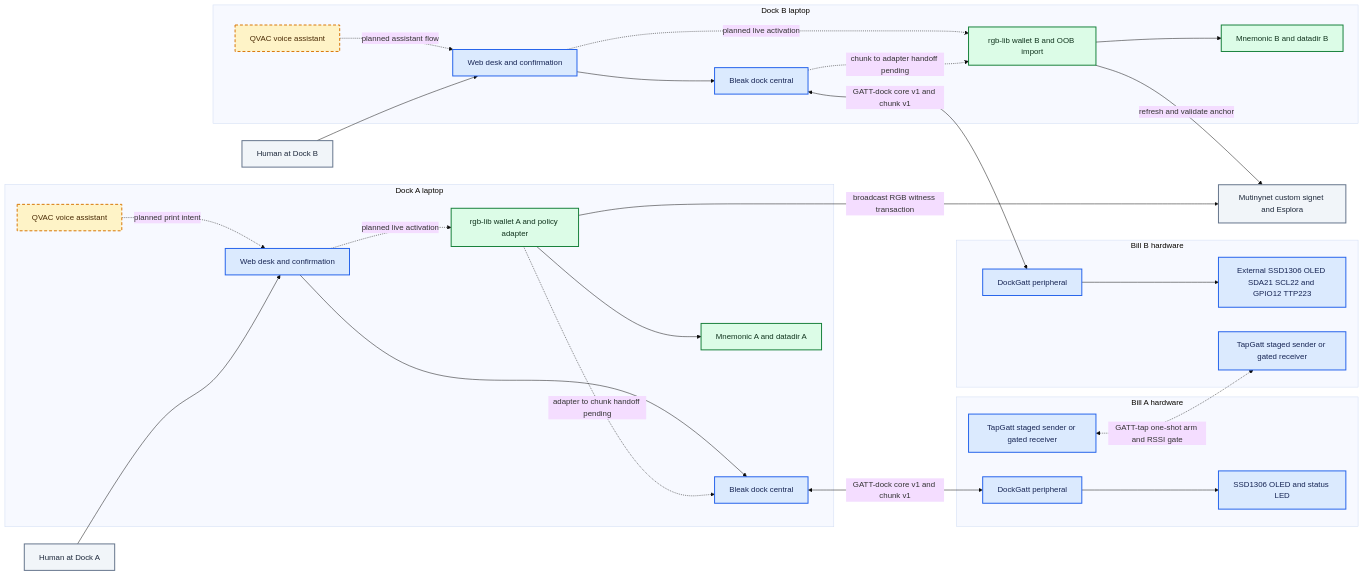
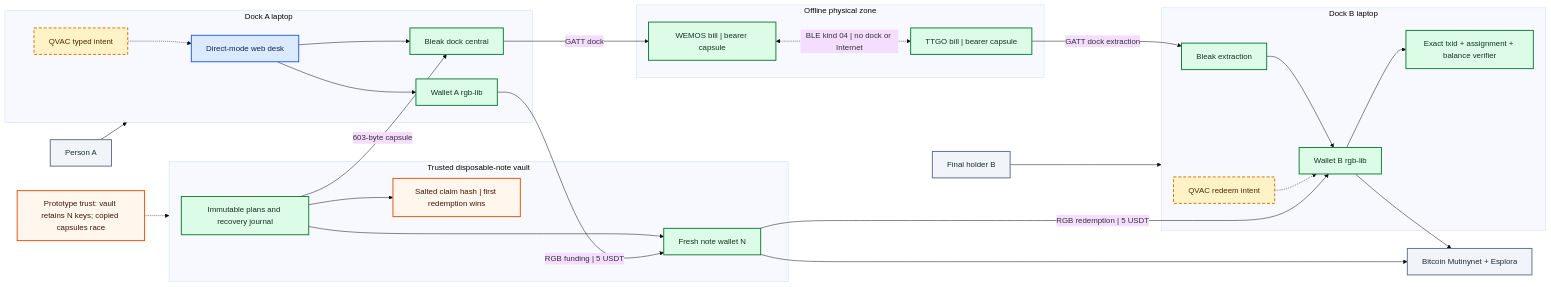
One commit to EdwinKestler/bill changed the diagram in docs/diagrams/src/01-system-architecture.mmd. Above: the diagram before and after it, drawn with Mermaid (base theme). The commit also changed 76 other files, not shown here.

Commit message:
Add offline RGB bearer-note demo

```diff
--- a/docs/diagrams/src/01-system-architecture.mmd
+++ b/docs/diagrams/src/01-system-architecture.mmd
@@ -1,58 +1,57 @@
 flowchart LR
     classDef verified fill:#dcfce7,stroke:#16803a,color:#12351f,stroke-width:2px
     classDef implemented fill:#dbeafe,stroke:#2563eb,color:#172554,stroke-width:2px
     classDef planned fill:#fef3c7,stroke:#d97706,color:#4a2b05,stroke-width:2px,stroke-dasharray:6 4
     classDef external fill:#f1f5f9,stroke:#64748b,color:#1e293b,stroke-width:2px
+    classDef warning fill:#fff7ed,stroke:#ea580c,color:#431407,stroke-width:2px
 
-    humanA["Human at Dock A"]:::external
-    humanB["Human at Dock B"]:::external
+    humanA["Person A"]:::external
+    humanB["Final holder B"]:::external
 
     subgraph dockAZone["Dock A laptop"]
-        webA["Web desk and confirmation"]:::implemented
-        qvacA["QVAC voice assistant"]:::planned
-        bleA["Bleak dock central"]:::implemented
-        rgbA["rgb-lib wallet A and policy adapter"]:::verified
-        secretA["Mnemonic A and datadir A"]:::verified
+        webA["Direct-mode web desk"]:::implemented
+        walletA["Wallet A rgb-lib"]:::verified
+        bleA["Bleak dock central"]:::verified
+        qvacA["QVAC typed intent"]:::planned
+        webA --> walletA
         webA --> bleA
-        webA -.->|"planned live activation"| rgbA
-        qvacA -.->|"planned print intent"| webA
-        rgbA --> secretA
+        qvacA -.-> webA
     end
 
-    subgraph billAZone["Bill A hardware"]
-        dockGattA["DockGatt peripheral"]:::implemented
-        oledA["SSD1306 OLED and status LED"]:::implemented
-        tapGattA["TapGatt staged sender or gated receiver"]:::implemented
-        dockGattA --> oledA
+    subgraph vaultZone["Trusted disposable-note vault"]
+        notePolicy["Immutable plans and recovery journal"]:::verified
+        noteN["Fresh note wallet N"]:::verified
+        claim["Salted claim hash | first redemption wins"]:::warning
+        notePolicy --> noteN
+        notePolicy --> claim
     end
 
-    subgraph billBZone["Bill B hardware"]
-        dockGattB["DockGatt peripheral"]:::implemented
-        oledB["External SSD1306 OLED SDA21 SCL22 and GPIO12 TTP223"]:::implemented
-        tapGattB["TapGatt staged sender or gated receiver"]:::implemented
-        dockGattB --> oledB
+    subgraph physical["Offline physical zone"]
+        billA["WEMOS bill | bearer capsule"]:::verified
+        billB["TTGO bill | bearer capsule"]:::verified
+        billA <-.->|"BLE kind 04 | no dock or Internet"| billB
     end
 
     subgraph dockBZone["Dock B laptop"]
-        webB["Web desk and confirmation"]:::implemented
-        qvacB["QVAC voice assistant"]:::planned
-        bleB["Bleak dock central"]:::implemented
-        rgbB["rgb-lib wallet B and OOB import"]:::verified
-        secretB["Mnemonic B and datadir B"]:::verified
-        webB --> bleB
-        webB -.->|"planned live activation"| rgbB
-        qvacB -.->|"planned assistant flow"| webB
-        rgbB --> secretB
+        bleB["Bleak extraction"]:::verified
+        walletB["Wallet B rgb-lib"]:::verified
+        settle["Exact txid + assignment + balance verifier"]:::verified
+        qvacB["QVAC redeem intent"]:::planned
+        bleB --> walletB --> settle
+        qvacB -.-> walletB
     end
 
-    chain["Mutinynet custom signet and Esplora"]:::external
+    chain["Bitcoin Mutinynet + Esplora"]:::external
 
-    humanA --> webA
-    humanB --> webB
-    bleA <-->|"GATT-dock core v1 and chunk v1"| dockGattA
-    bleB <-->|"GATT-dock core v1 and chunk v1"| dockGattB
-    tapGattA <-.->|"GATT-tap one-shot arm and RSSI gate"| tapGattB
-    rgbA -->|"broadcast RGB witness transaction"| chain
-    rgbB -->|"refresh and validate anchor"| chain
-    rgbA -.->|"adapter to chunk handoff pending"| bleA
-    bleB -.->|"chunk to adapter handoff pending"| rgbB
+    humanA --> dockAZone
+    walletA -->|"RGB funding | 5 USDT"| noteN
+    noteN --> chain
+    notePolicy -->|"603-byte capsule"| bleA
+    bleA -->|"GATT dock"| billA
+    billB -->|"GATT dock extraction"| bleB
+    noteN -->|"RGB redemption | 5 USDT"| walletB
+    walletB --> chain
+    humanB --> dockBZone
+
+    noteTrust["Prototype trust: vault retains N keys; copied capsules race"]:::warning
+    noteTrust -.-> vaultZone
```
